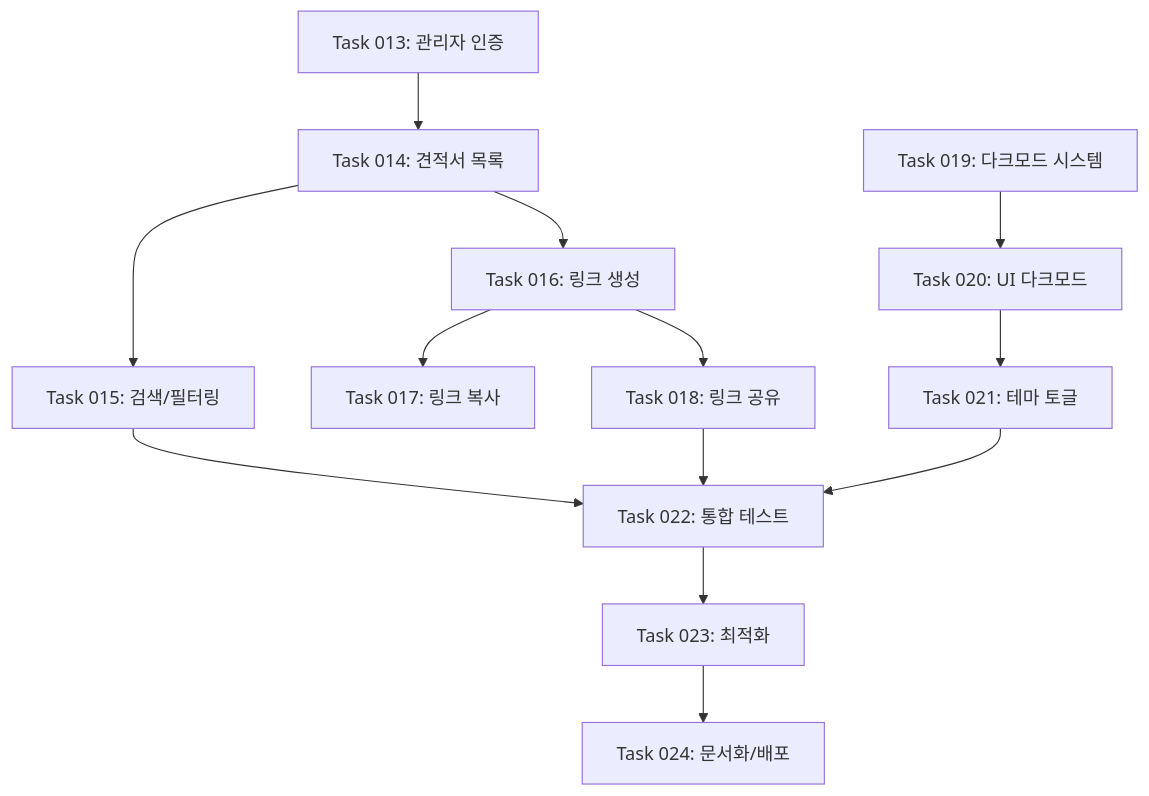
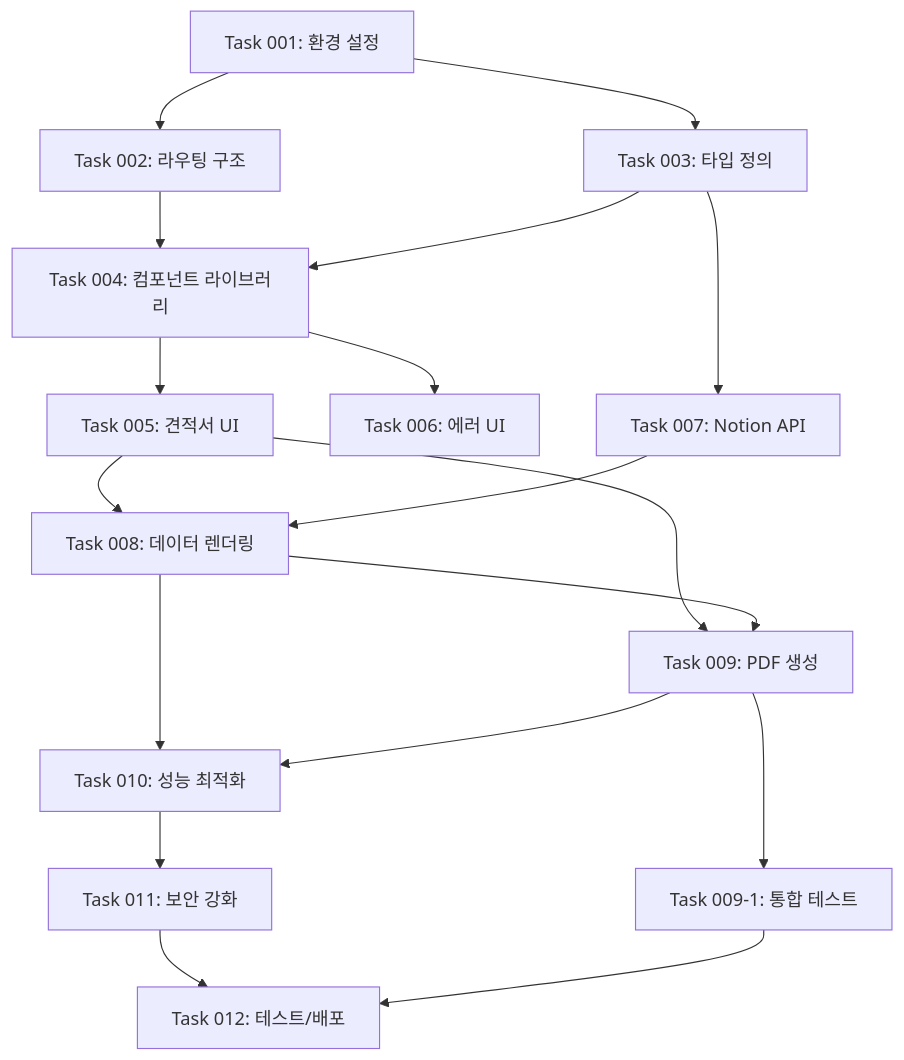
The diagram in docs/ROADMAP.md (youngjun-maker/invoice-web), drawn with Mermaid before and after one commit. The commit also changed other lines of this file and 75 other files, not shown here.

First line of the commit message:
Phase 1 & 2 완료: 프로젝트 초기 설정, 라우팅, 타입 정의, UI 컴포넌트 구축

````diff
--- a/docs/ROADMAP.md
+++ b/docs/ROADMAP.md
@@ -260,17 +245,20 @@
 ```mermaid
 graph TD
-    A[Task 013: 관리자 인증] --> B[Task 014: 견적서 목록]
-    B --> C[Task 015: 검색/필터링]
-    B --> D[Task 016: 링크 생성]
-    D --> E[Task 017: 링크 복사]
-    D --> F[Task 018: 링크 공유]
-
-    G[Task 019: 다크모드 시스템] --> H[Task 020: UI 다크모드]
-    H --> I[Task 021: 테마 토글]
-
-    C --> J[Task 022: 통합 테스트]
-    F --> J
-    I --> J
-    J --> K[Task 023: 최적화]
-    K --> L[Task 024: 문서화/배포]
+    A[Task 001: 환경 설정] --> B[Task 002: 라우팅 구조]
+    A --> C[Task 003: 타입 정의]
+    B --> D[Task 004: 컴포넌트 라이브러리]
+    C --> D
+    D --> E[Task 005: 견적서 UI]
+    D --> F[Task 006: 에러 UI]
+    C --> G[Task 007: Notion API]
+    E --> H[Task 008: 데이터 렌더링]
+    G --> H
+    E --> I[Task 009: PDF 생성]
+    H --> I
+    I --> J[Task 009-1: 통합 테스트]
+    H --> K[Task 010: 성능 최적화]
+    I --> K
+    K --> L[Task 011: 보안 강화]
+    L --> M[Task 012: 테스트/배포]
+    J --> M
 ```
````
